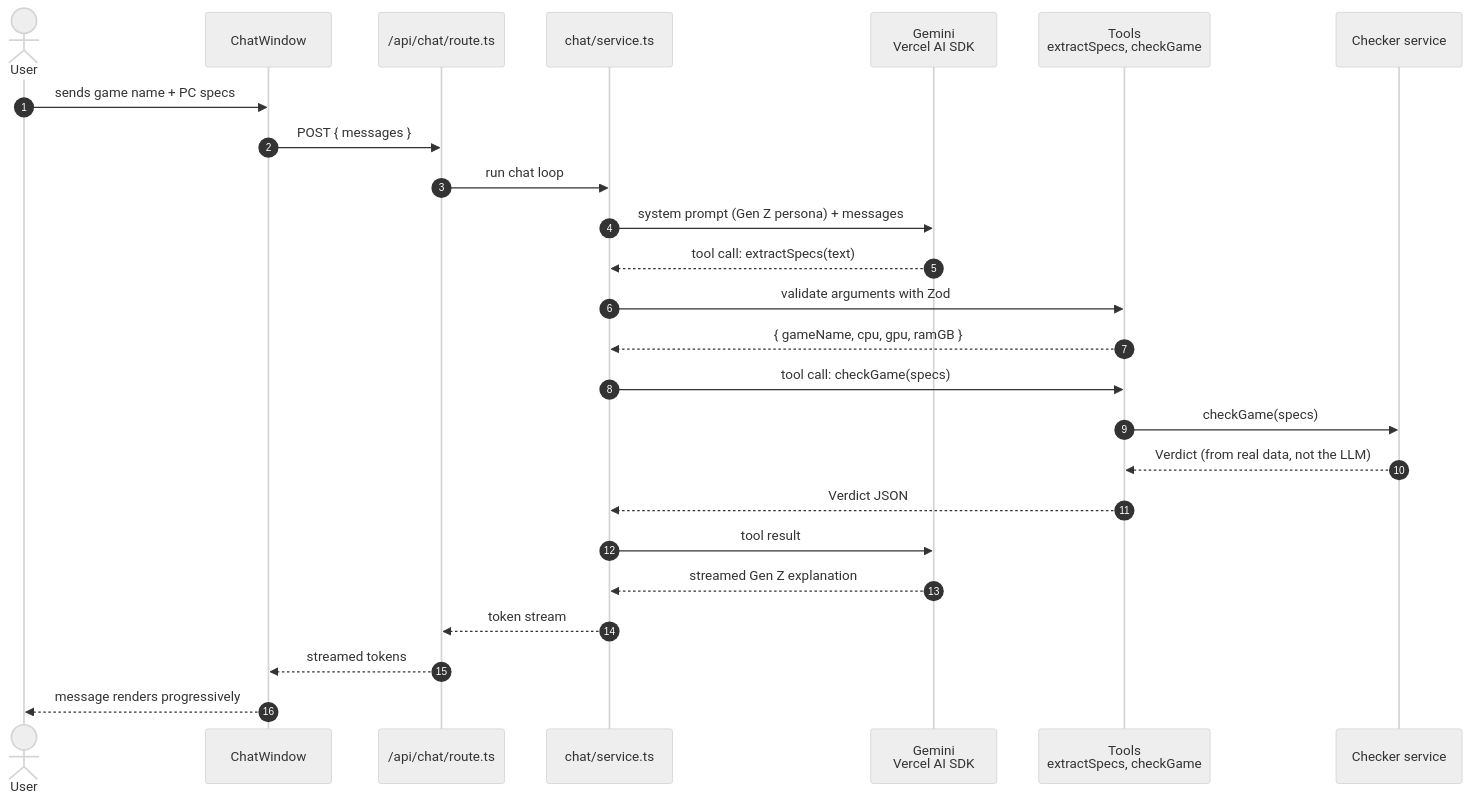
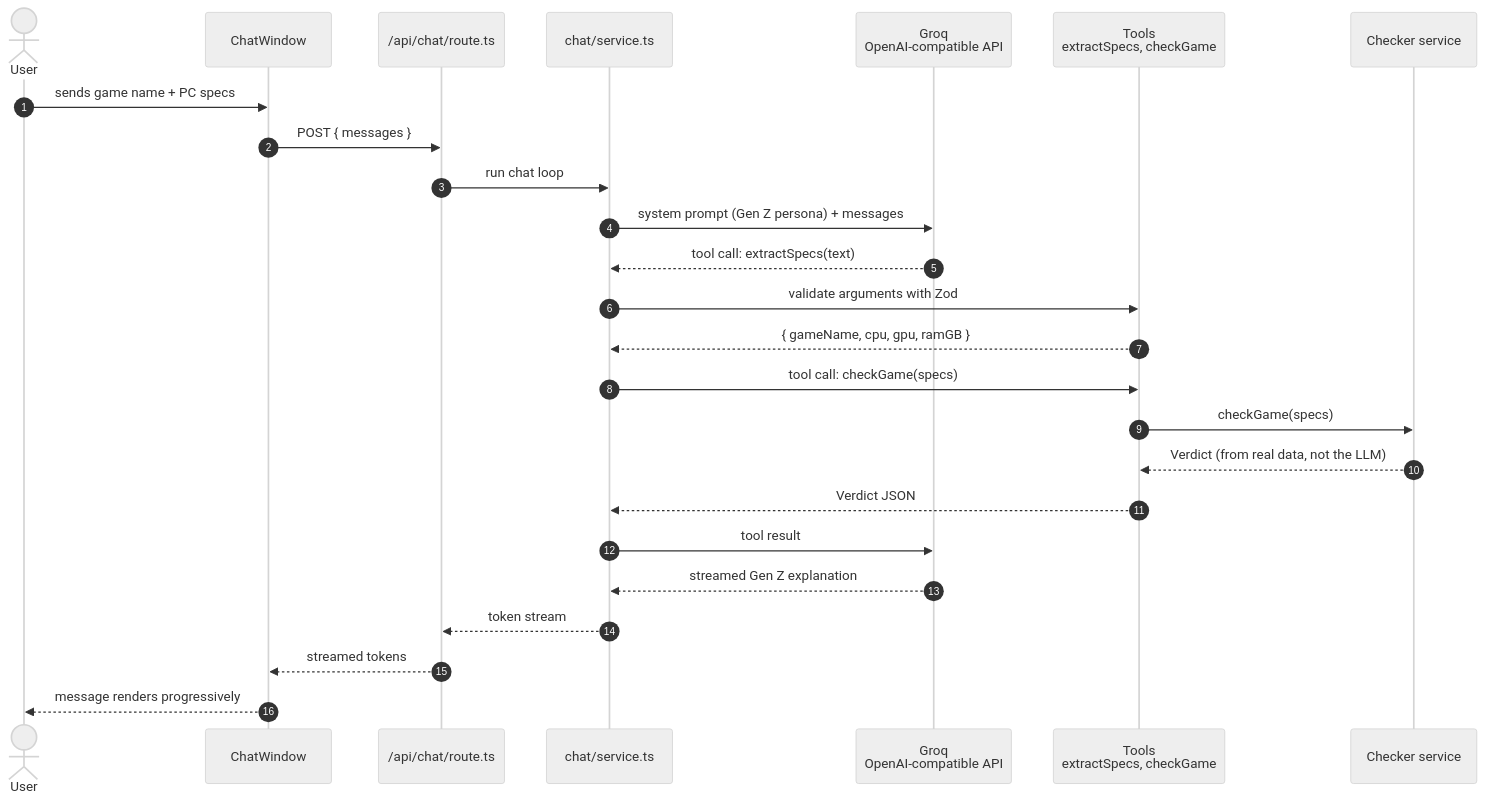
Before and after one commit to 21sumeet/GameRizz: the fourth of 10 diagrams in docs/WORKFLOW.md, drawn with Mermaid (neutral theme). The commit also changed other lines of this file and 5 other files, not shown here.

````diff
--- a/docs/WORKFLOW.md
+++ b/docs/WORKFLOW.md
@@ -161,28 +161,28 @@
 ```mermaid
 sequenceDiagram
     autonumber
     actor U as User
     participant UI as ChatWindow
     participant R as /api/chat/route.ts
     participant S as chat/service.ts
-    participant L as Gemini<br/>Vercel AI SDK
+    participant L as Groq<br/>OpenAI-compatible API
     participant T as Tools<br/>extractSpecs, checkGame
         participant C as Checker service
 
     U->>UI: sends game name + PC specs
     UI->>R: POST { messages }
     R->>S: run chat loop
     S->>L: system prompt (Gen Z persona) + messages
     L-->>S: tool call: extractSpecs(text)
     S->>T: validate arguments with Zod
     T-->>S: { gameName, cpu, gpu, ramGB }
     S->>T: tool call: checkGame(specs)
     T->>C: checkGame(specs)
     C-->>T: Verdict (from real data, not the LLM)
     T-->>S: Verdict JSON
     S->>L: tool result
     L-->>S: streamed Gen Z explanation
     S-->>R: token stream
     R-->>UI: streamed tokens
     UI-->>U: message renders progressively
 ```
````
